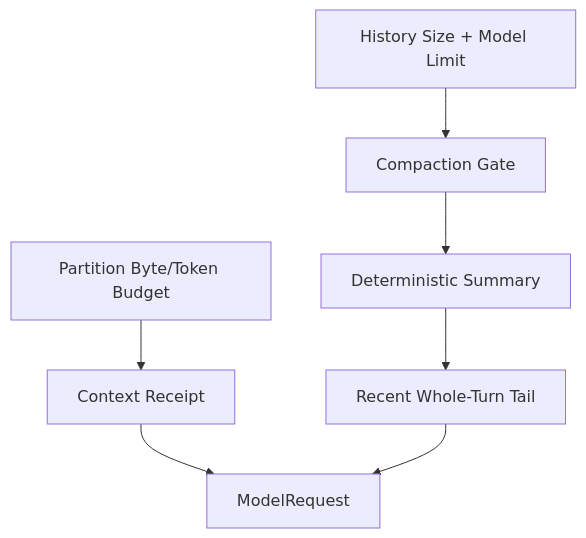
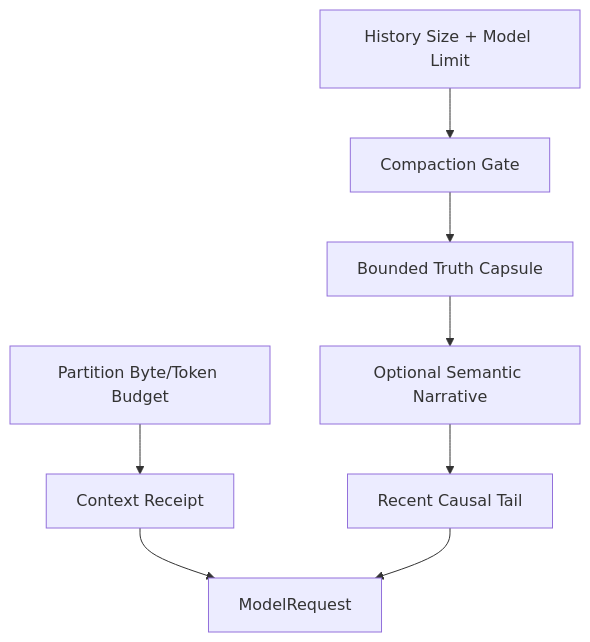
One commit to fwtllh-png/CodeHelper changed the diagram in docs/book/zh-CN/05-context-engineering/04-budget-and-compaction.md. Above: the diagram before and after it, drawn with Mermaid. The commit also changed other lines of this file and 125 other files, not shown here.

````diff
--- a/docs/book/zh-CN/05-context-engineering/04-budget-and-compaction.md
+++ b/docs/book/zh-CN/05-context-engineering/04-budget-and-compaction.md
@@ -43,9 +46,10 @@
 ```mermaid
 flowchart TD
     P[Partition Byte/Token Budget] --> R[Context Receipt]
     H[History Size + Model Limit] --> G[Compaction Gate]
-    G --> S[Deterministic Summary]
-    S --> T[Recent Whole-Turn Tail]
+    G --> S[Bounded Truth Capsule]
+    S --> N[Optional Semantic Narrative]
+    N --> T[Recent Causal Tail]
     R --> Q[ModelRequest]
     T --> Q
 ```
````
